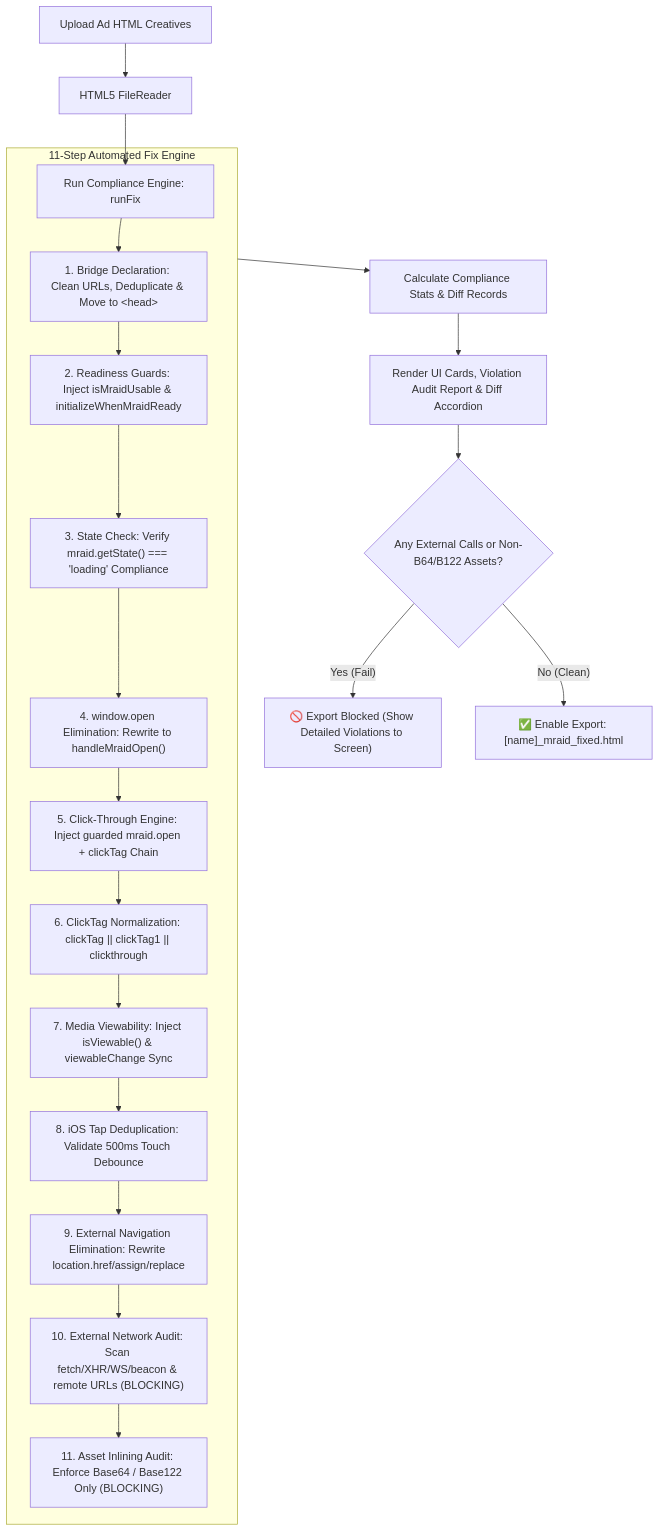
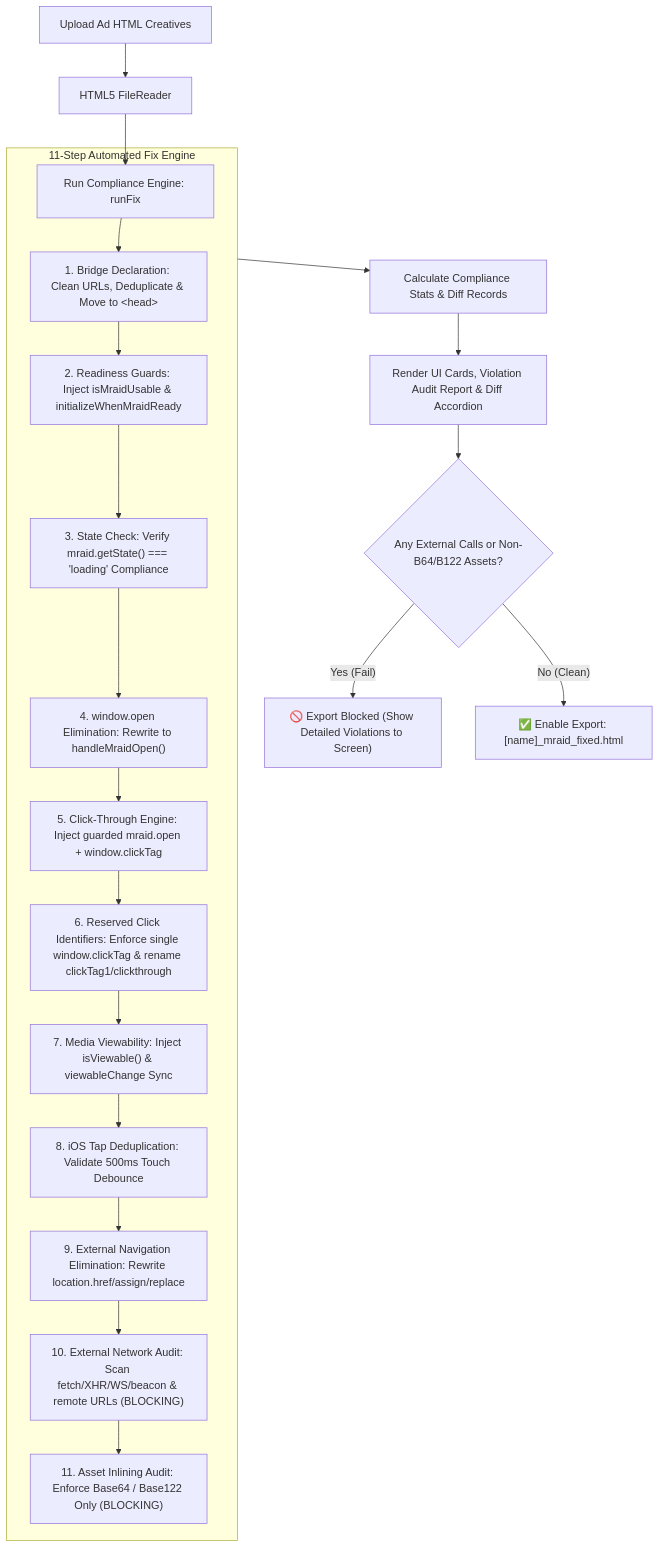
One commit to HPL-MIP/mraid-fixer changed the diagram in MRAID.md. Above: the diagram before and after it, drawn with Mermaid. The commit also changed other lines of this file and 2 other files, not shown here.

Commit message:
click through error fix

````diff
--- a/MRAID.md
+++ b/MRAID.md
@@ -15,25 +15,25 @@
 ```mermaid
 flowchart TD
     A[Upload Ad HTML Creatives] --> B[HTML5 FileReader]
     B --> C[Run Compliance Engine: runFix]
     
     subgraph S["11-Step Automated Fix Engine"]
         C --> D1["1. Bridge Declaration: Clean URLs, Deduplicate & Move to &lt;head&gt;"]
         D1 --> D2["2. Readiness Guards: Inject isMraidUsable & initializeWhenMraidReady"]
         D2 --> D3["3. State Check: Verify mraid.getState() === 'loading' Compliance"]
         D3 --> D4["4. window.open Elimination: Rewrite to handleMraidOpen()"]
-        D4 --> D5["5. Click-Through Engine: Inject guarded mraid.open + clickTag Chain"]
-        D5 --> D6["6. ClickTag Normalization: clickTag || clickTag1 || clickthrough"]
+        D4 --> D5["5. Click-Through Engine: Inject guarded mraid.open + window.clickTag"]
+        D5 --> D6["6. Reserved Click Identifiers: Enforce single window.clickTag & rename clickTag1/clickthrough"]
         D6 --> D7["7. Media Viewability: Inject isViewable() & viewableChange Sync"]
         D7 --> D8["8. iOS Tap Deduplication: Validate 500ms Touch Debounce"]
         D8 --> D9["9. External Navigation Elimination: Rewrite location.href/assign/replace"]
         D9 --> D10["10. External Network Audit: Scan fetch/XHR/WS/beacon & remote URLs (BLOCKING)"]
         D10 --> D11["11. Asset Inlining Audit: Enforce Base64 / Base122 Only (BLOCKING)"]
     end
     
     S --> E[Calculate Compliance Stats & Diff Records]
     E --> F[Render UI Cards, Violation Audit Report & Diff Accordion]
     F --> H{Any External Calls or Non-B64/B122 Assets?}
     H -- "Yes (Fail)" --> I["🚫 Export Blocked (Show Detailed Violations to Screen)"]
     H -- "No (Clean)" --> G["✅ Enable Export: [name]_mraid_fixed.html"]
 ```
````
